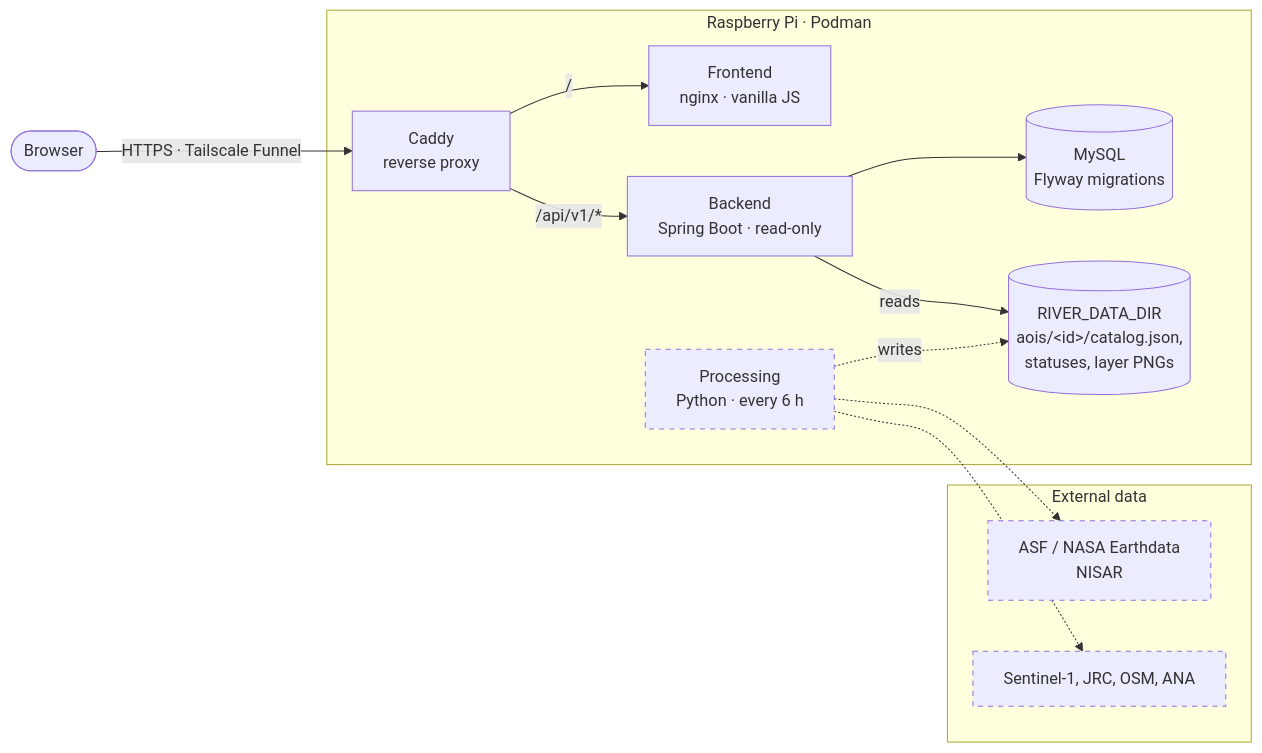
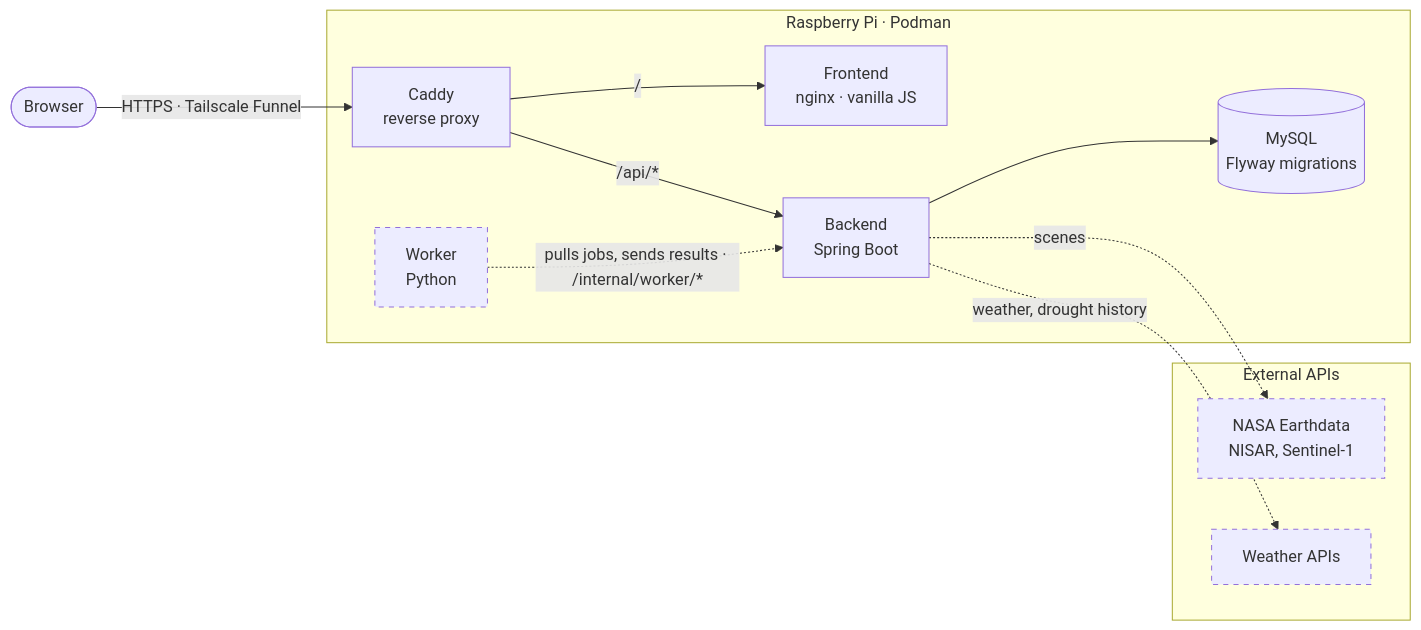
The diagram in README.md (S4nxez/river-lifeline), drawn with Mermaid before and after one commit. The commit also changed other lines of this file and 188 other files, not shown here.

````diff
--- a/README.md
+++ b/README.md
@@ -29,30 +29,28 @@
 ```mermaid
 flowchart LR
     user([Browser])
 
     subgraph pi["Raspberry Pi · Podman"]
         caddy["Caddy<br/>reverse proxy"]
         frontend["Frontend<br/>nginx · vanilla JS"]
-        backend["Backend<br/>Spring Boot · read-only"]
+        backend["Backend<br/>Spring Boot"]
         db[("MySQL<br/>Flyway migrations")]
-        data[("RIVER_DATA_DIR<br/>aois/&lt;id&gt;/catalog.json,<br/>statuses, layer PNGs")]
-        worker["Processing<br/>Python · every 6 h"]
+        worker["Worker<br/>Python"]
     end
 
-    subgraph external["External data"]
-        earthdata["ASF / NASA Earthdata<br/>NISAR"]
-        s1["Sentinel-1, JRC, OSM, ANA"]
+    subgraph external["External APIs"]
+        earthdata["NASA Earthdata<br/>NISAR, Sentinel-1"]
+        weather["Weather APIs"]
     end
 
     user -->|"HTTPS · Tailscale Funnel"| caddy
     caddy -->|"/"| frontend
-    caddy -->|"/api/v1/*"| backend
-    backend -->|"reads"| data
+    caddy -->|"/api/*"| backend
     backend --> db
-    worker -.->|"writes"| data
-    worker -.-> earthdata
-    worker -.-> s1
+    backend -.->|"scenes"| earthdata
+    backend -.->|"weather, drought history"| weather
+    worker -.->|"pulls jobs, sends results · /internal/worker/*"| backend
 
     classDef planned stroke-dasharray: 5 5
-    class worker,earthdata,s1 planned
+    class worker,earthdata,weather planned
 ```
````
